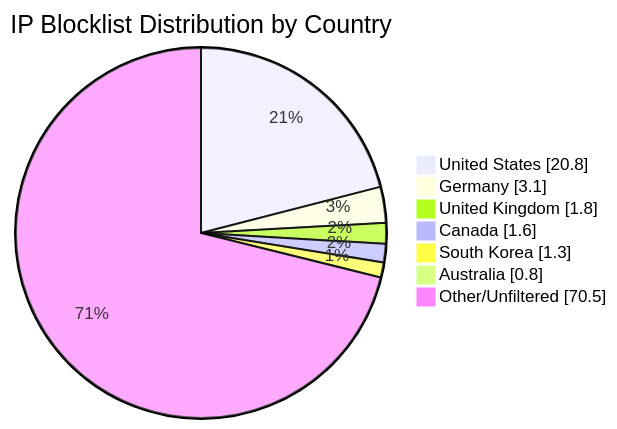
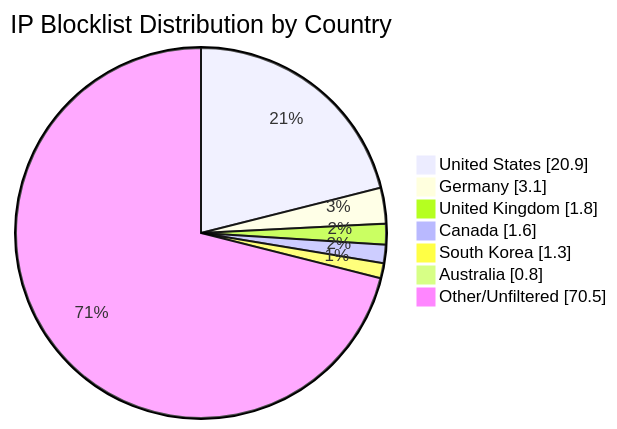
Before and after one commit to MarcusHoltz/ipblocklist-geofiltered-aggregator: the diagram in README.md, drawn with Mermaid. The commit also changed other lines of this file and 9 other files, not shown here.

````diff
--- a/README.md
+++ b/README.md
@@ -34,10 +34,10 @@
 ```mermaid
 pie showData title IP Blocklist Distribution by Country
-"United States" : 20.8
+"United States" : 20.9
 "Germany" : 3.1
 "United Kingdom" : 1.8
 "Canada" : 1.6
 "South Korea" : 1.3
 "Australia" : 0.8
 "Other/Unfiltered" : 70.5
 ```
````
